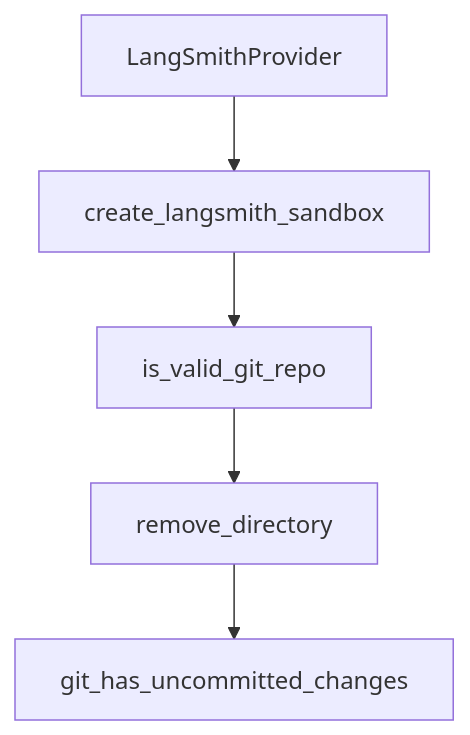
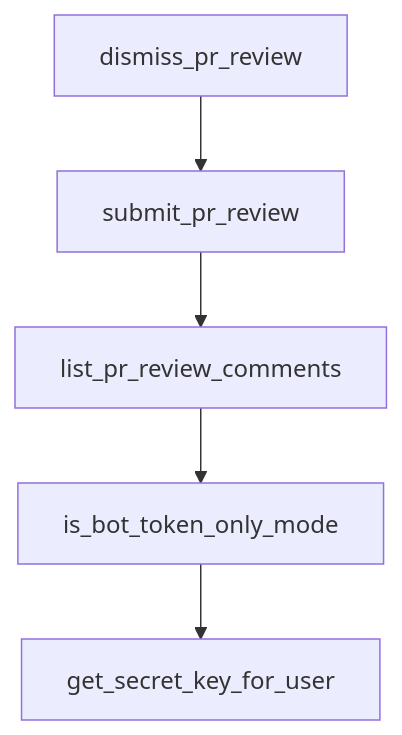
The diagram in tutorials/open-swe-tutorial/05-planning-control-and-human-in-the-loop.md (johnxie/awesome-code-docs), drawn with Mermaid before and after one commit. The commit also changed other lines of this file and 1232 other files, not shown here.

````diff
--- a/tutorials/open-swe-tutorial/05-planning-control-and-human-in-the-loop.md
+++ b/tutorials/open-swe-tutorial/05-planning-control-and-human-in-the-loop.md
@@ -212,12 +210,12 @@
 ```mermaid
 flowchart TD
-    A[LangSmithProvider]
-    B[create_langsmith_sandbox]
-    C[is_valid_git_repo]
-    D[remove_directory]
-    E[git_has_uncommitted_changes]
+    A[dismiss_pr_review]
+    B[submit_pr_review]
+    C[list_pr_review_comments]
+    D[is_bot_token_only_mode]
+    E[get_secret_key_for_user]
     A --> B
     B --> C
     C --> D
     D --> E
 ```
````
